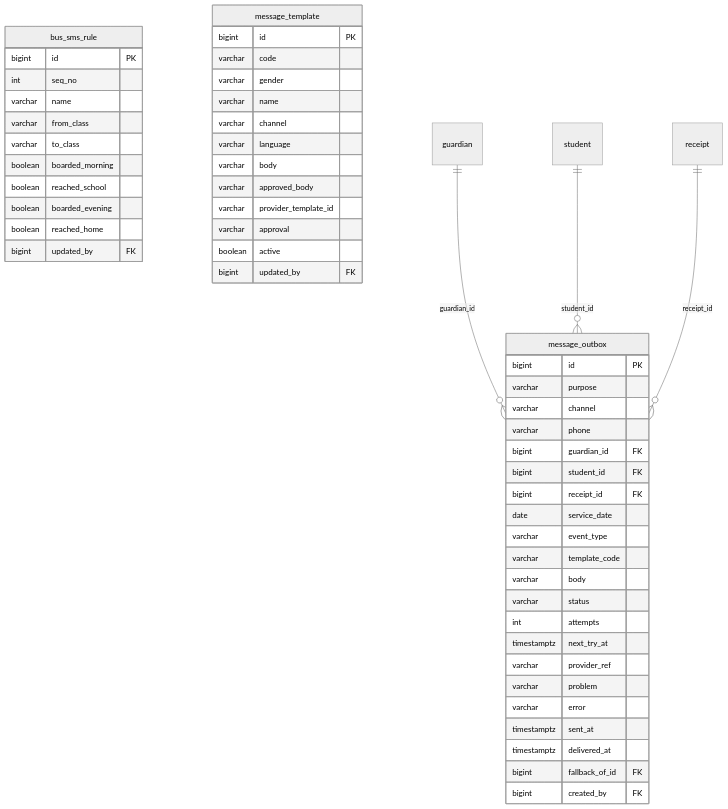
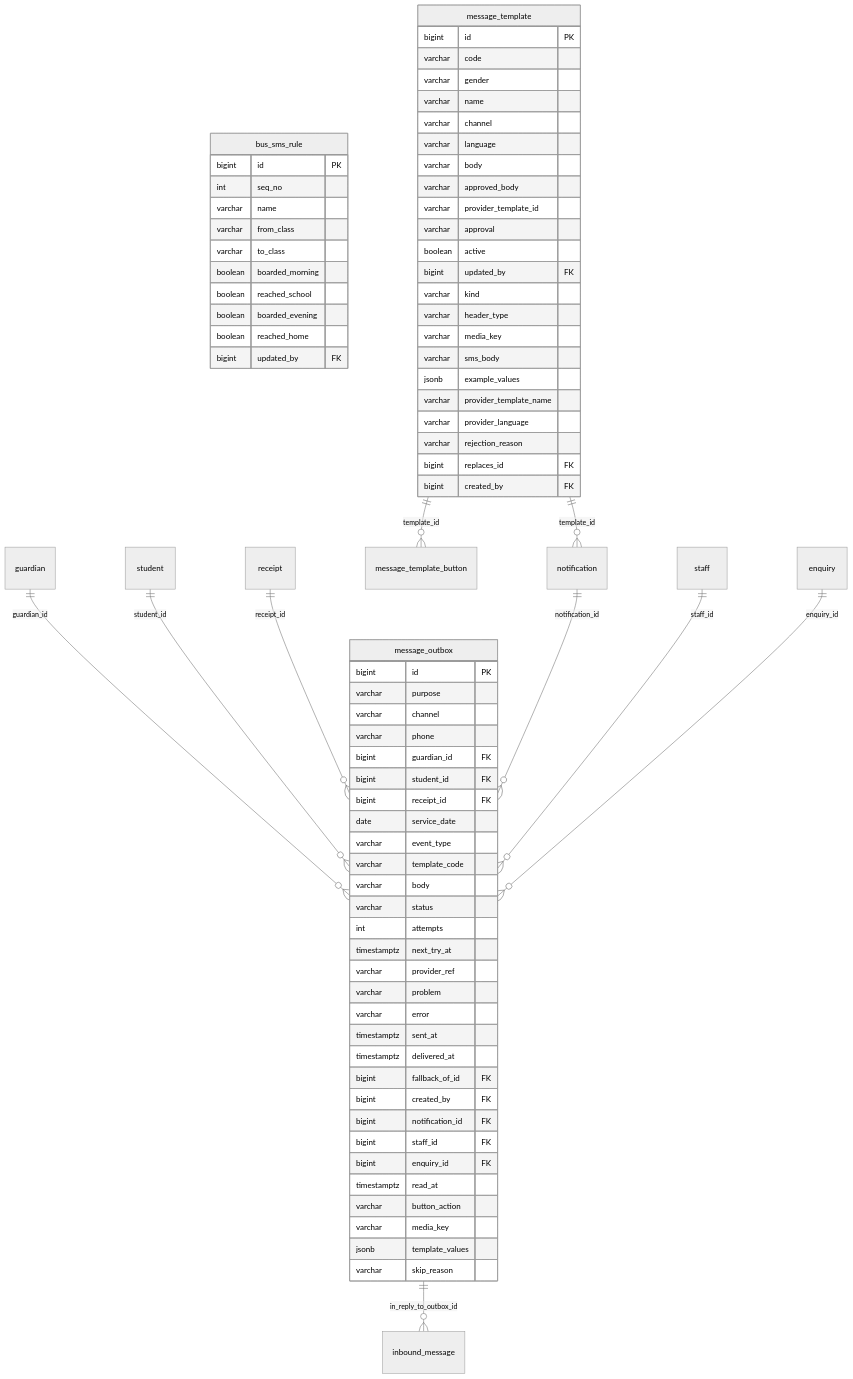
The tenth of 15 diagrams in docs/03-data-model.md (MUH-Education/school-platform), drawn with Mermaid (neutral theme) before and after one commit. The commit also changed other lines of this file and 31 other files, not shown here.

Commit message:
add notification template part

````diff
--- a/docs/03-data-model.md
+++ b/docs/03-data-model.md
@@ -1320,55 +1498,79 @@
 ```mermaid
 erDiagram
     bus_sms_rule {
         bigint id PK
         int seq_no
         varchar name
         varchar from_class
         varchar to_class
         boolean boarded_morning
         boolean reached_school
         boolean boarded_evening
         boolean reached_home
         bigint updated_by FK
     }
     message_template {
         bigint id PK
         varchar code
         varchar gender
         varchar name
         varchar channel
         varchar language
         varchar body
         varchar approved_body
         varchar provider_template_id
         varchar approval
         boolean active
         bigint updated_by FK
+        varchar kind
+        varchar header_type
+        varchar media_key
+        varchar sms_body
+        jsonb example_values
+        varchar provider_template_name
+        varchar provider_language
+        varchar rejection_reason
+        bigint replaces_id FK
+        bigint created_by FK
     }
     message_outbox {
         bigint id PK
         varchar purpose
         varchar channel
         varchar phone
         bigint guardian_id FK
         bigint student_id FK
         bigint receipt_id FK
         date service_date
         varchar event_type
         varchar template_code
         varchar body
         varchar status
         int attempts
         timestamptz next_try_at
         varchar provider_ref
         varchar problem
         varchar error
         timestamptz sent_at
         timestamptz delivered_at
         bigint fallback_of_id FK
         bigint created_by FK
+        bigint notification_id FK
+        bigint staff_id FK
+        bigint enquiry_id FK
+        timestamptz read_at
+        varchar button_action
+        varchar media_key
+        jsonb template_values
+        varchar skip_reason
     }
     guardian ||--o{ message_outbox : guardian_id
     student ||--o{ message_outbox : student_id
     receipt ||--o{ message_outbox : receipt_id
+    message_outbox ||--o{ inbound_message : in_reply_to_outbox_id
+    message_template ||--o{ message_template_button : template_id
+    message_template ||--o{ notification : template_id
+    notification ||--o{ message_outbox : notification_id
+    staff ||--o{ message_outbox : staff_id
+    enquiry ||--o{ message_outbox : enquiry_id
 ```
````
